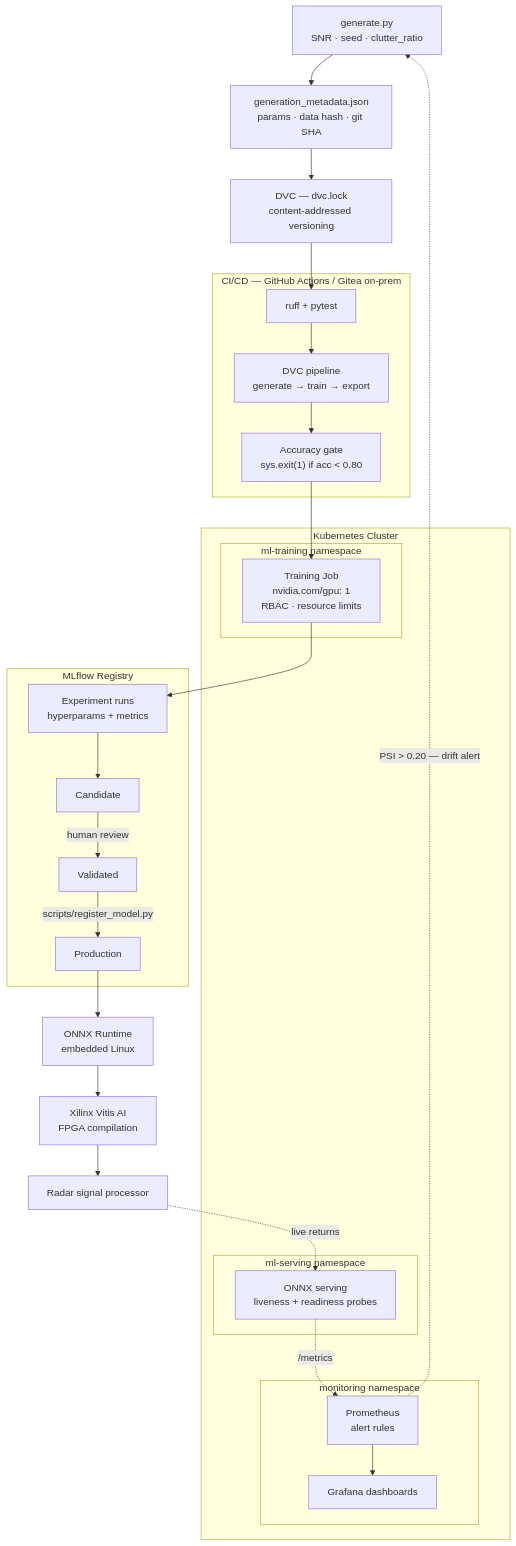
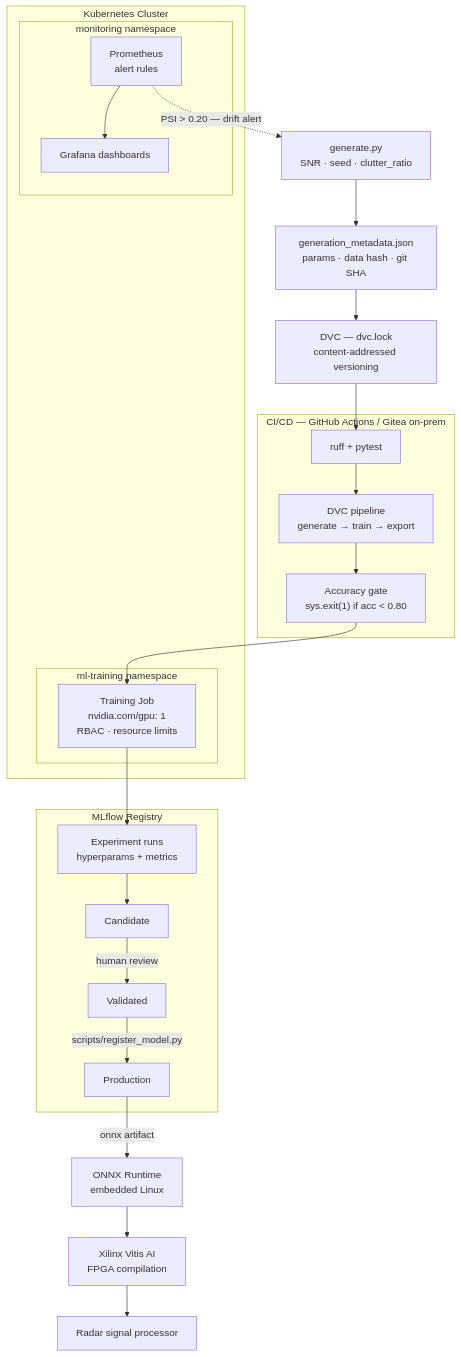
Before and after one commit to Michael-Bach/weibel-mlops-demo: the diagram in README.md, drawn with Mermaid. The commit also changed other lines of this file and 7 other files, not shown here.

First line of the commit message:
Fix architecture: model deploys to hardware, not served from cluster

````diff
--- a/README.md
+++ b/README.md
@@ -30,48 +30,43 @@
 ```mermaid
 flowchart TD
     SG["generate.py\nSNR · seed · clutter_ratio"]
     META["generation_metadata.json\nparams · data hash · git SHA"]
     LOCK["DVC — dvc.lock\ncontent-addressed versioning"]
 
     subgraph CICD["CI/CD — GitHub Actions / Gitea on-prem"]
         LINT["ruff + pytest"]
         PIPE["DVC pipeline\ngenerate → train → export"]
         GATE["Accuracy gate\nsys.exit(1) if acc < 0.80"]
     end
 
     subgraph K8S["Kubernetes Cluster"]
         subgraph NS_TRAIN["ml-training namespace"]
             JOB["Training Job\nnvidia.com/gpu: 1\nRBAC · resource limits"]
-        end
-        subgraph NS_SERVE["ml-serving namespace"]
-            SERVE["ONNX serving\nliveness + readiness probes"]
         end
         subgraph NS_MON["monitoring namespace"]
             PROM["Prometheus\nalert rules"]
             GRAF["Grafana dashboards"]
         end
     end
 
     subgraph REG["MLflow Registry"]
         EXP["Experiment runs\nhyperparams + metrics"]
         CAND["Candidate"]
         VALIDATED["Validated"]
         PROD["Production"]
     end
 
     ONNX_RT["ONNX Runtime\nembedded Linux"]
     FPGA["Xilinx Vitis AI\nFPGA compilation"]
     RADAR["Radar signal processor"]
 
     SG --> META --> LOCK
     LOCK --> LINT --> PIPE --> GATE
     GATE --> JOB
     JOB --> EXP --> CAND
     CAND -->|"human review"| VALIDATED
     VALIDATED -->|"scripts/register_model.py"| PROD
-    PROD --> ONNX_RT --> FPGA --> RADAR
-    RADAR -.->|"live returns"| SERVE
-    SERVE -.->|"/metrics"| PROM
+    PROD -->|"onnx artifact"| ONNX_RT --> FPGA --> RADAR
     PROM --> GRAF
     PROM -.->|"PSI > 0.20 — drift alert"| SG
 ```
````
